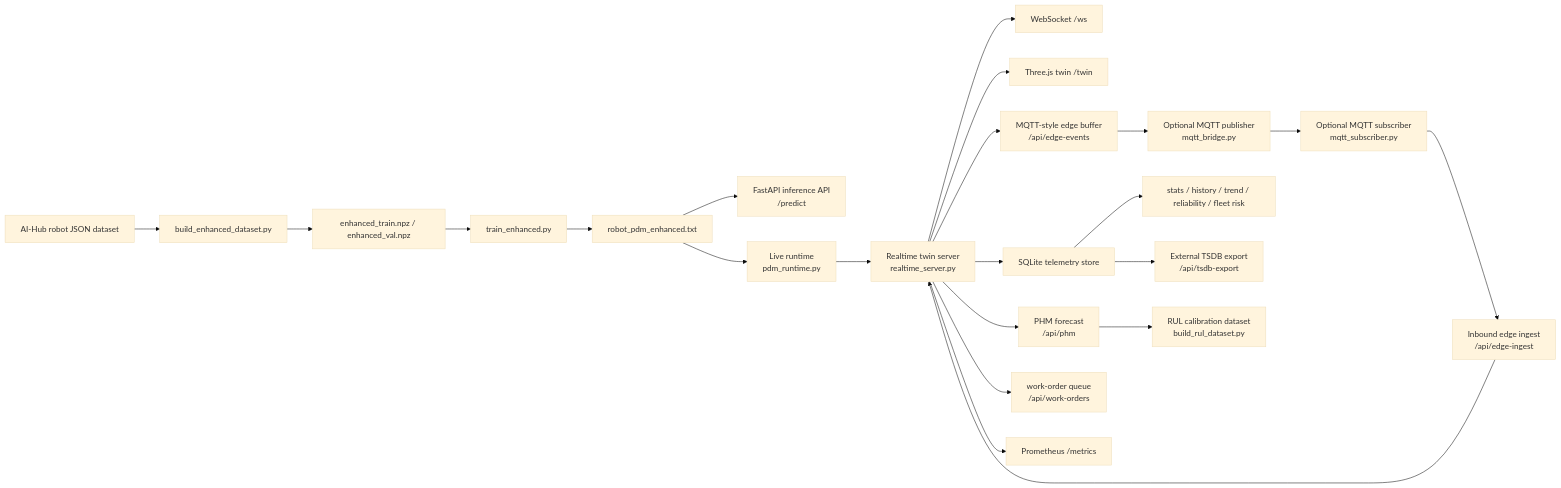
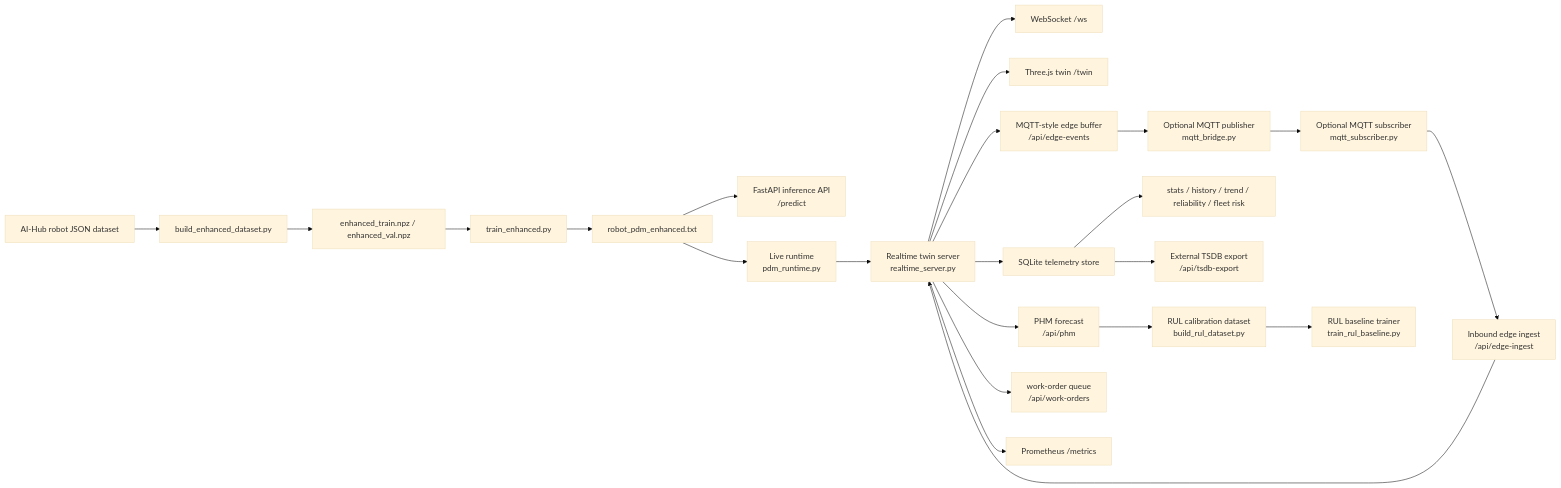
The diagram in README.md (JuHyeon-Nam/ServiceRobot_AI), drawn with Mermaid (base theme) before and after one commit. The commit also changed other lines of this file and 8 other files, not shown here.

Commit message:
feat(phm): add rul baseline trainer

````diff
--- a/README.md
+++ b/README.md
@@ -76,24 +77,25 @@
 ```mermaid
 flowchart LR
     raw["AI-Hub robot JSON dataset"] --> build["build_enhanced_dataset.py"]
     build --> trainset["enhanced_train.npz / enhanced_val.npz"]
     trainset --> train["train_enhanced.py"]
     train --> model["robot_pdm_enhanced.txt"]
     model --> api["FastAPI inference API<br/>/predict"]
     model --> runtime["Live runtime<br/>pdm_runtime.py"]
     runtime --> twin["Realtime twin server<br/>realtime_server.py"]
     twin --> ws["WebSocket /ws"]
     twin --> ui["Three.js twin /twin"]
     twin --> edge["MQTT-style edge buffer<br/>/api/edge-events"]
     edge --> broker["Optional MQTT publisher<br/>mqtt_bridge.py"]
     broker --> sub["Optional MQTT subscriber<br/>mqtt_subscriber.py"]
     sub --> ingest["Inbound edge ingest<br/>/api/edge-ingest"]
     ingest --> twin
     twin --> store["SQLite telemetry store"]
     store --> ops["stats / history / trend / reliability / fleet risk"]
     store --> tsdb["External TSDB export<br/>/api/tsdb-export"]
     twin --> phm["PHM forecast<br/>/api/phm"]
     phm --> rul["RUL calibration dataset<br/>build_rul_dataset.py"]
+    rul --> rulmodel["RUL baseline trainer<br/>train_rul_baseline.py"]
     twin --> work["work-order queue<br/>/api/work-orders"]
     twin --> metrics["Prometheus /metrics"]
 ```
````
